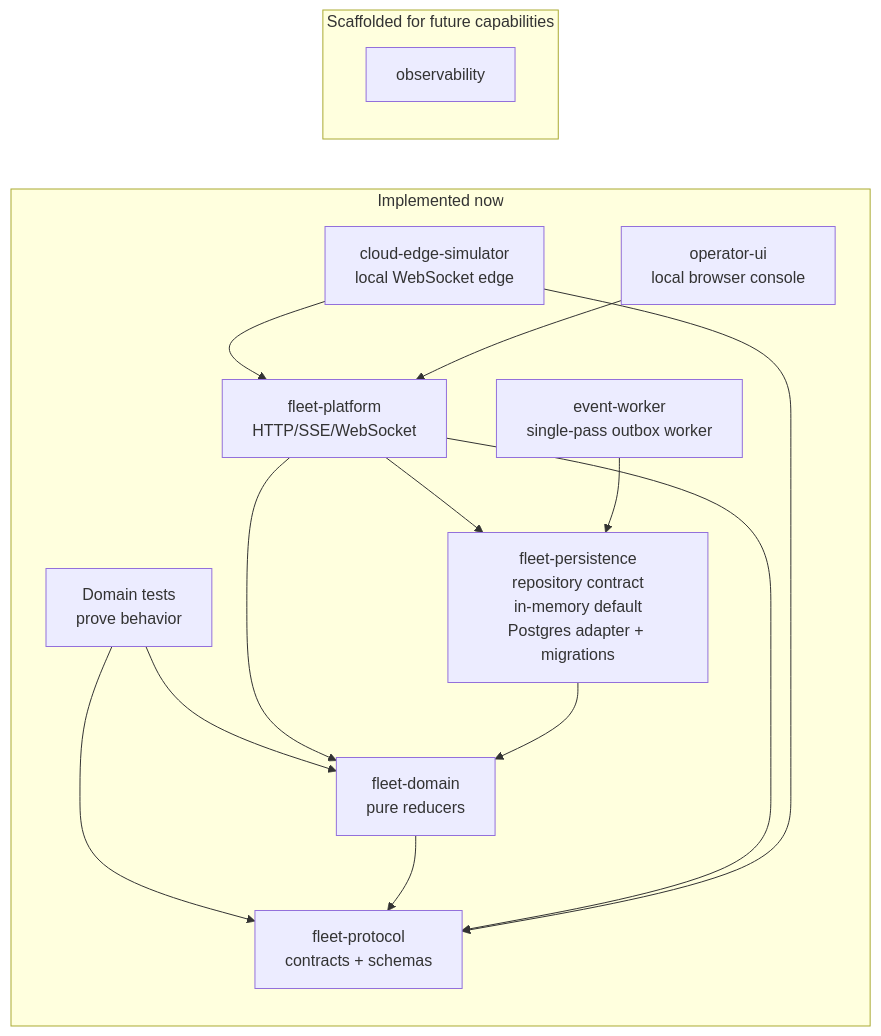
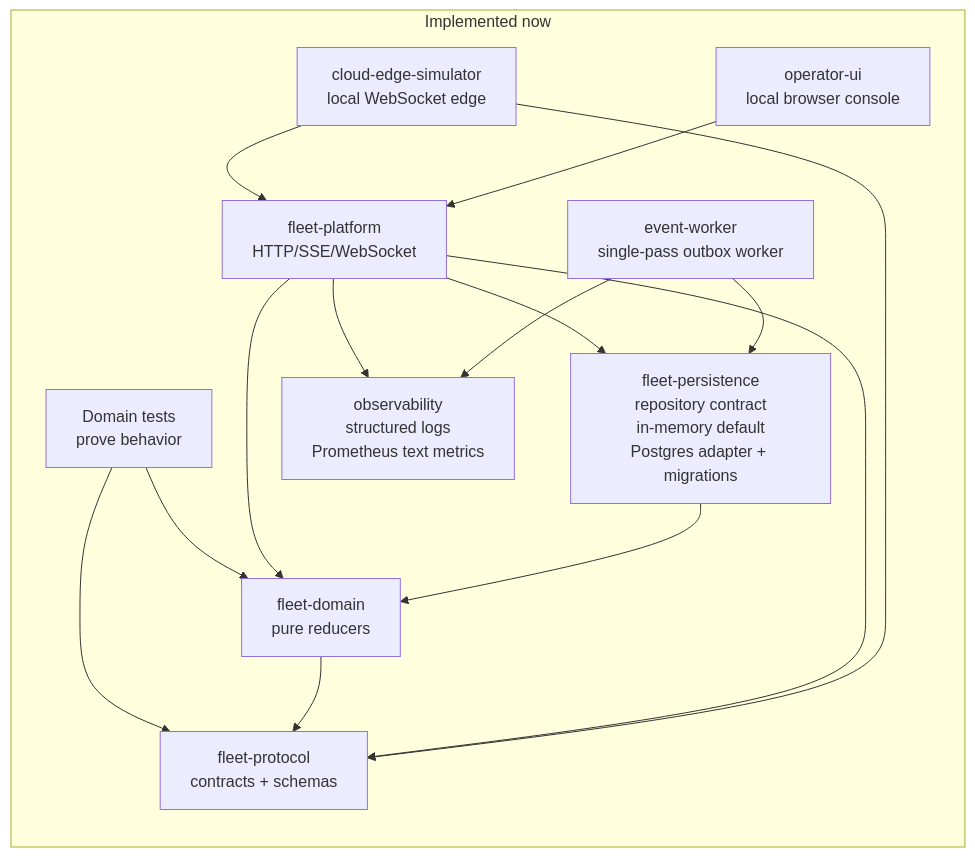
The first of 4 diagrams in docs/architecture/current-architecture.md (reinhard-z/RoboOps-Control-Plane), drawn with Mermaid before and after one commit. The commit also changed other lines of this file and 12 other files, not shown here.

Commit message:
Add local observability metrics and structured incident logs

````diff
--- a/docs/architecture/current-architecture.md
+++ b/docs/architecture/current-architecture.md
@@ -46,27 +51,27 @@
 ```mermaid
 flowchart LR
   subgraph Implemented["Implemented now"]
     Tests["Domain tests<br/>prove behavior"]
     Domain["fleet-domain<br/>pure reducers"]
     Protocol["fleet-protocol<br/>contracts + schemas"]
     Api["fleet-platform<br/>HTTP/SSE/WebSocket"]
     Persistence["fleet-persistence<br/>repository contract<br/>in-memory default<br/>Postgres adapter + migrations"]
     Worker["event-worker<br/>single-pass outbox worker"]
+    Observability["observability<br/>structured logs<br/>Prometheus text metrics"]
     Simulator["cloud-edge-simulator<br/>local WebSocket edge"]
     UI["operator-ui<br/>local browser console"]
     Tests --> Domain
     Tests --> Protocol
     Domain --> Protocol
     Api --> Persistence
     Worker --> Persistence
     Api --> Domain
     Persistence --> Domain
     Api --> Protocol
+    Api --> Observability
+    Worker --> Observability
     Simulator --> Protocol
     Simulator --> Api
     UI --> Api
   end
-  subgraph Placeholders["Scaffolded for future capabilities"]
-    Observability["observability"]
-  end
 ```
````
